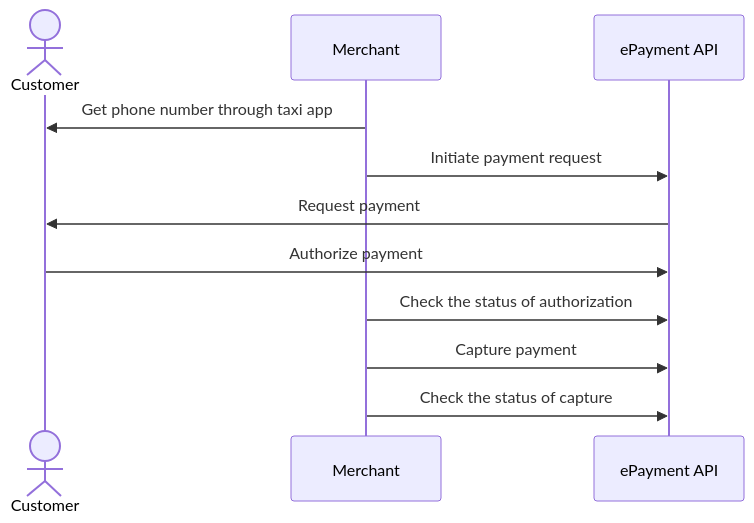
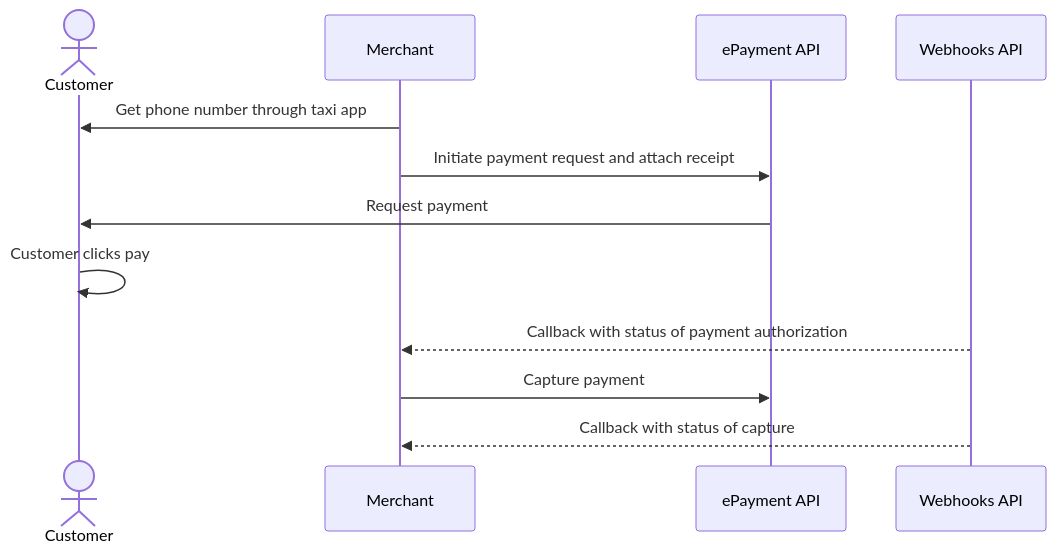
Before and after one commit to vippsas/vipps-solutions: the diagram in taxi-companies/taximeter-initiates-payment-request-with-app.md, drawn with Mermaid. The commit also changed other lines of this file and 22 other files, not shown here.

First line of the commit message:
Provide unique examples. Add receipt in payment request when possible. (#86)

````diff
--- a/taxi-companies/taximeter-initiates-payment-request-with-app.md
+++ b/taxi-companies/taximeter-initiates-payment-request-with-app.md
@@ -46,14 +116,15 @@
 ``` mermaid
 sequenceDiagram
     actor C as Customer
     participant M as Merchant
     participant ePayment as ePayment API
+    participant Webhooks as Webhooks API
 
     M->>C: Get phone number through taxi app
-    M->>ePayment: Initiate payment request
+    M->>ePayment: Initiate payment request and attach receipt
     ePayment->>C: Request payment
-    C->>ePayment: Authorize payment
-    M->>ePayment: Check the status of authorization
-    M->>ePayment: Capture payment 
-    M->>ePayment: Check the status of capture
+    C->>C: Customer clicks pay
+    Webhooks-->>M: Callback with status of payment authorization
+    M->>ePayment: Capture payment
+    Webhooks-->>M: Callback with status of capture
 ```
````
